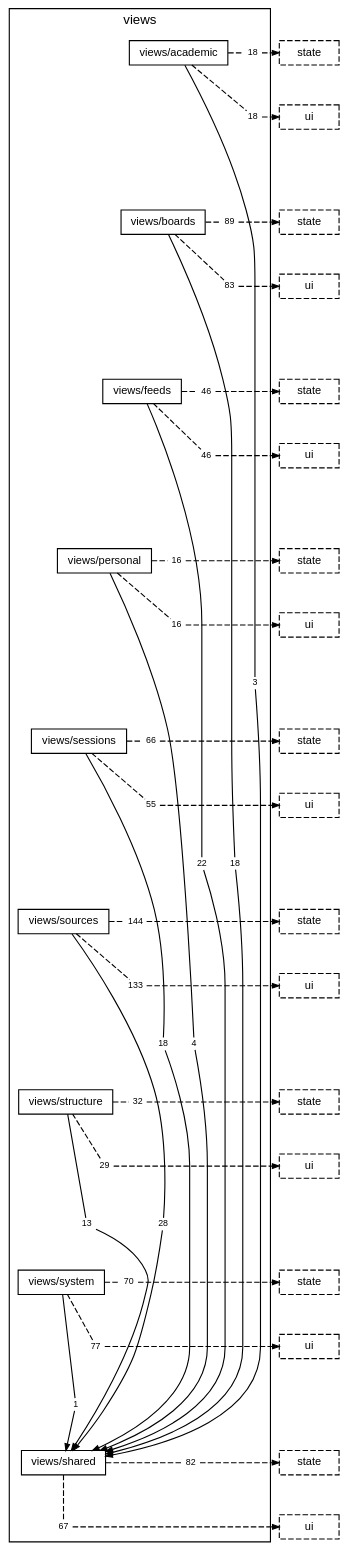
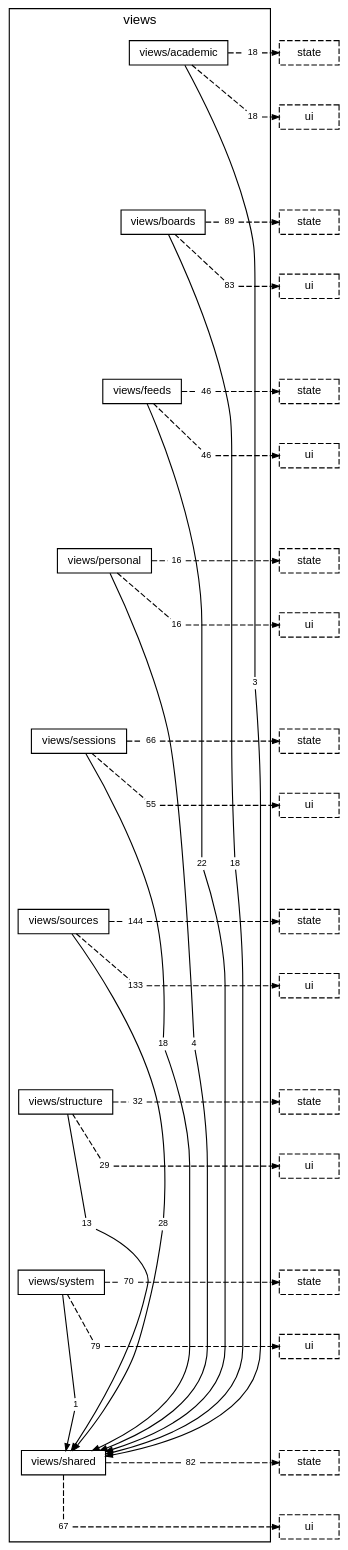
Before and after one commit to TheAxeC/oculus: the diagram in docs/diagrams/layer-views.dot, drawn with Graphviz. The commit also changed 33 other files, not shown here.

```diff
--- a/docs/diagrams/layer-views.dot
+++ b/docs/diagrams/layer-views.dot
@@ -36,7 +36,7 @@
         "folder views/structure to layer ui" [label="29", shape=box, color="transparent", fontsize=8, width=0, height=0, margin="0.04,0.02"];
         "folder views/system to folder views/shared" [label="1", shape=box, color="transparent", fontsize=8, width=0, height=0, margin="0.04,0.02"];
         "folder views/system to layer state" [label="70", shape=box, color="transparent", fontsize=8, width=0, height=0, margin="0.04,0.02"];
-        "folder views/system to layer ui" [label="77", shape=box, color="transparent", fontsize=8, width=0, height=0, margin="0.04,0.02"];
+        "folder views/system to layer ui" [label="79", shape=box, color="transparent", fontsize=8, width=0, height=0, margin="0.04,0.02"];
         "folder views/shared to layer state" [label="82", shape=box, color="transparent", fontsize=8, width=0, height=0, margin="0.04,0.02"];
         "folder views/shared to layer ui" [label="67", shape=box, color="transparent", fontsize=8, width=0, height=0, margin="0.04,0.02"];
     }
```
